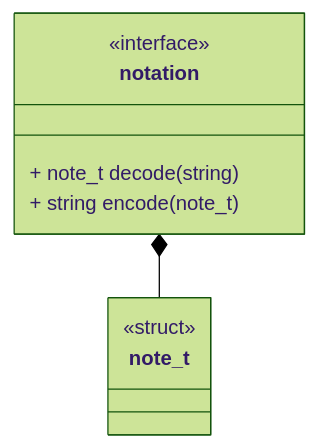
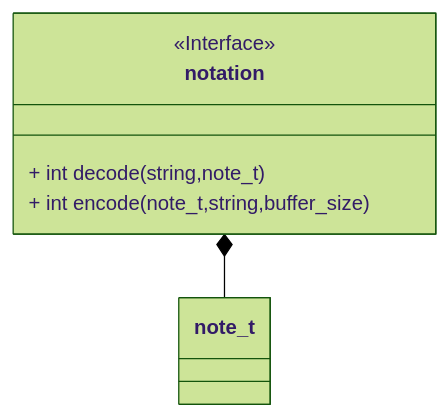
One commit to Joecstarr/thesis changed the diagram in sections/software/documentation/interfaces/notation.md. Above: the diagram before and after it, drawn with Mermaid (forest theme). The commit also changed other lines of this file and 109 other files, not shown here.

First line of the commit message:
7 software architecture (#8)

````diff
--- a/sections/software/documentation/interfaces/notation.md
+++ b/sections/software/documentation/interfaces/notation.md
@@ -6,14 +13,14 @@
 ```mermaid
 classDiagram
     notation *-- note_t
     class notation {
-        <<interface>>
-        + note_t decode(string)
-        + string encode(note_t)
+        <<Interface>>
+        + int decode(string,note_t)
+        + int encode(note_t,string,buffer_size)
     }
 
     class note_t {
-        <<struct>>
+
     }
 
 ```
````
